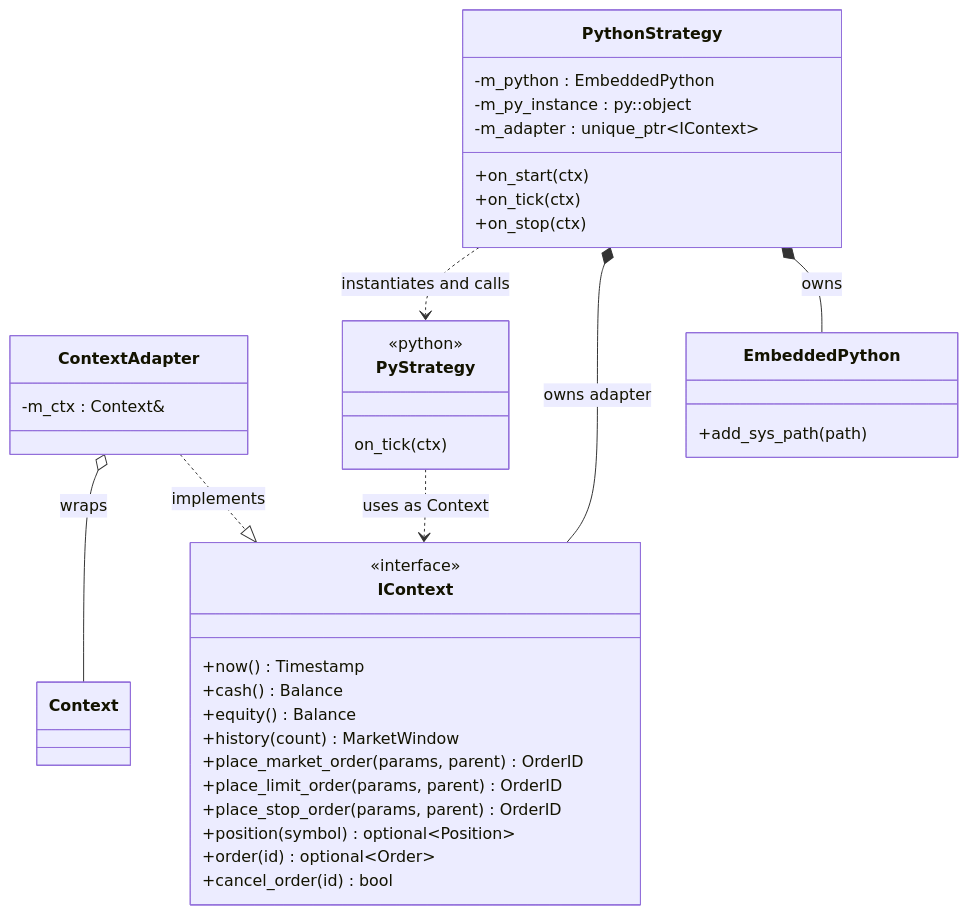
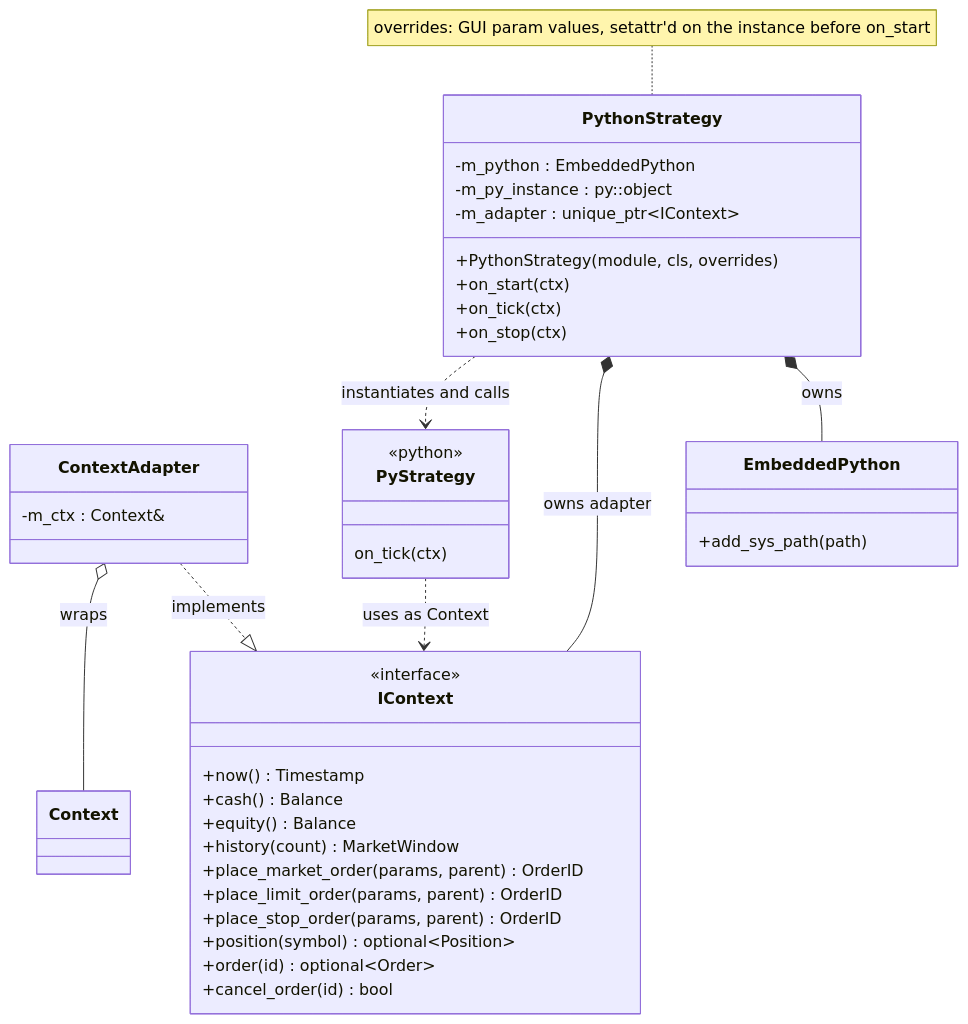
The third of 7 diagrams in docs/architecture.md (barberkman/stonks), drawn with Mermaid before and after one commit. The commit also changed 35 other files, not shown here.

First line of the commit message:
Add GUI-editable strategy parameters via declared Param metadata

````diff
--- a/docs/architecture.md
+++ b/docs/architecture.md
@@ -223,42 +223,44 @@
 ```mermaid
 classDiagram
     class IContext {
         <<interface>>
         +now() Timestamp
         +cash() Balance
         +equity() Balance
         +history(count) MarketWindow
         +place_market_order(params, parent) OrderID
         +place_limit_order(params, parent) OrderID
         +place_stop_order(params, parent) OrderID
         +position(symbol) optional~Position~
         +order(id) optional~Order~
         +cancel_order(id) bool
     }
     class ContextAdapter {
         -m_ctx : Context&
     }
     class Context
     class PythonStrategy {
         -m_python : EmbeddedPython
         -m_py_instance : py::object
         -m_adapter : unique_ptr~IContext~
+        +PythonStrategy(module, cls, overrides)
         +on_start(ctx)
         +on_tick(ctx)
         +on_stop(ctx)
     }
+    note for PythonStrategy "overrides: GUI param values, setattr'd on the instance before on_start"
     class EmbeddedPython {
         +add_sys_path(path)
     }
     class PyStrategy {
         <<python>>
         on_tick(ctx)
     }
 
     ContextAdapter ..|> IContext : implements
     ContextAdapter o-- Context : wraps
     PythonStrategy *-- EmbeddedPython : owns
     PythonStrategy *-- IContext : owns adapter
     PythonStrategy ..> PyStrategy : instantiates and calls
     PyStrategy ..> IContext : uses as Context
 ```
````
